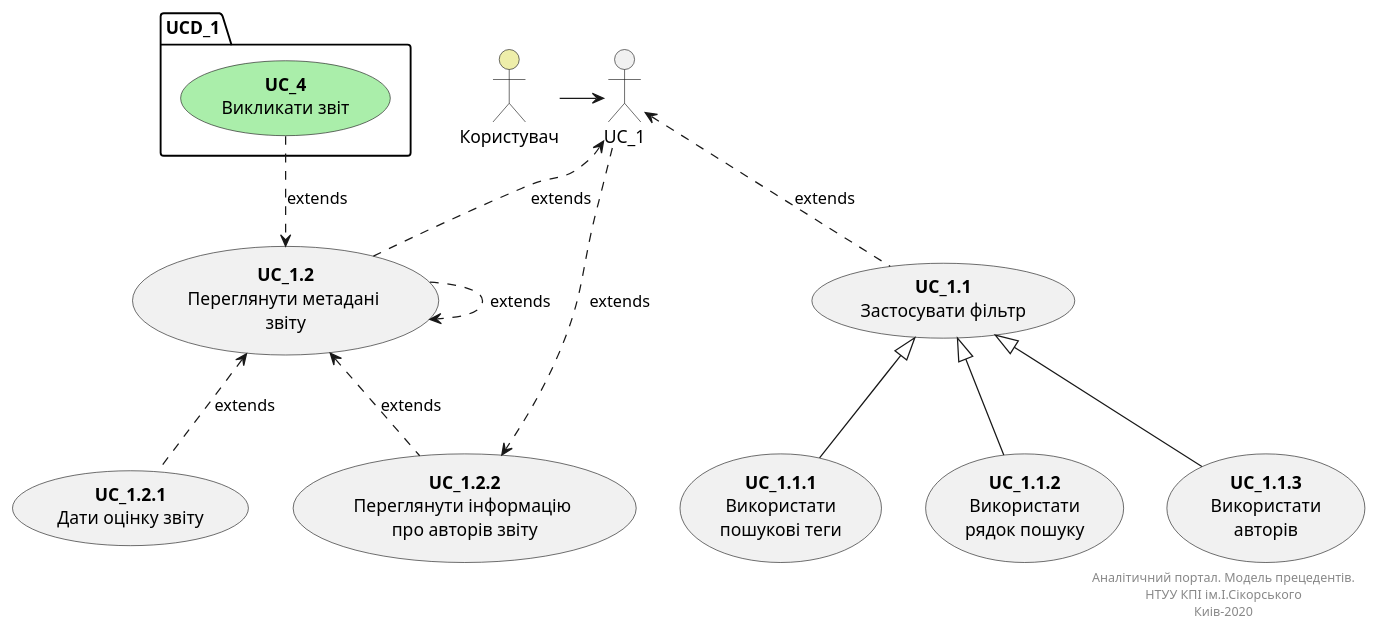
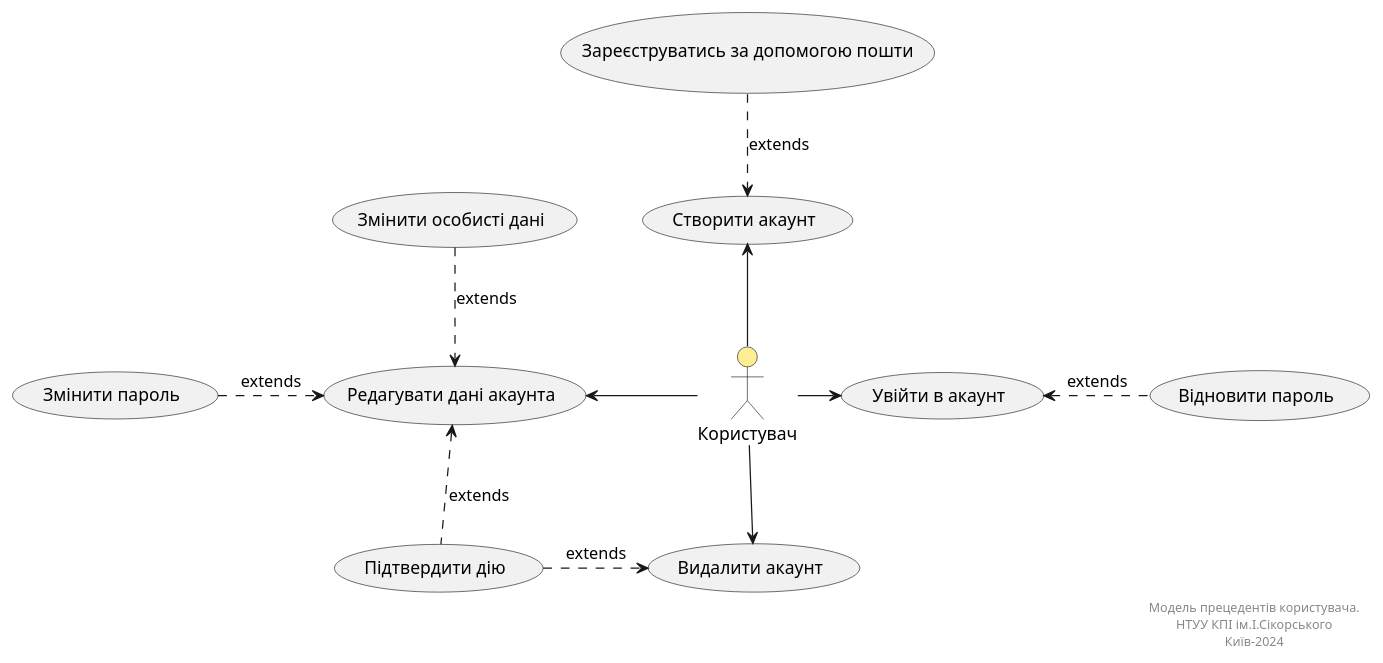
The diagram in docs/use_cases.md (generalmaks/db_labs), drawn with PlantUML before and after one commit. The commit also changed other lines of this file, not shown here.

Commit message:
Added use case diagram for unauthorized user

````diff
--- a/docs/use_cases.md
+++ b/docs/use_cases.md
@@ -6,42 +7,38 @@
 ```plantuml
 @startuml
+    actor "Користувач" as User #ffed94
 
-    actor "Користувач" as User #eeeeaa
+    usecase "Створити акаунт" as UC_1.1
+    usecase "Увійти в акаунт" as UC_1.2  
+    usecase "Видалити акаунт" as UC_1.3
+    usecase "Редагувати дані акаунта" as UC_1.4
     
-    usecase "<b>UC_1.1</b>\nЗастосувати фільтр" as UC_1.1
-    usecase "<b>UC_1.2</b>\nПереглянути метадані \nзвіту" as UC_1.2  
-    usecase "<b>UC_1.2.1</b>\nДати оцінку звіту" as UC_1.2.1  
-    usecase "<b>UC_1.2.2</b>\nПереглянути інформацію \nпро авторів звіту" as UC_1.2.2
+    usecase "Зареєструватись за допомогою пошти" as UC_1.1.1
+
+    usecase "Відновити пароль" as UC_1.2.1
     
-    package UCD_1 {
-        usecase "<b>UC_4</b>\nВикликати звіт" as UC_4 #aaeeaa
-    }
+    usecase "Підтвердити дію" as UC_1.34.1
     
-    usecase "<b>UC_1.1.1</b>\n Використати \nпошукові теги" as UC_1.1.1  
-    usecase "<b>UC_1.1.2</b>\n Використати \nрядок пошуку" as UC_1.1.2
-    usecase "<b>UC_1.1.3</b>\n Використати \nавторів" as UC_1.1.3  
+    usecase "Змінити пароль" as UC_1.4.1
+    usecase "Змінити особисті дані" as UC_1.4.2
     
+    User -up-> UC_1.1
+    User -right-> UC_1.2
+    User -down-> UC_1.3
+    User -left-> UC_1.4
     
-    
-    User -> UC_1
-    UC_1.1 .u.> UC_1 :extends
-    UC_1.2 .u.> UC_1 :extends
-    UC_4 .d.> UC_1.2 :extends
-    UC_1.2 .> UC_1.2 :extends
-    UC_1.2.1 .u.> UC_1.2 :extends
-    UC_1.2.2 .u.> UC_1.2 :extends
-    UC_1 ..> UC_1.2.2 :extends
-    
-    
-    UC_1.1.1 -u-|> UC_1.1
-    UC_1.1.2 -u-|> UC_1.1
-    UC_1.1.3 -u-|> UC_1.1
+    UC_1.1.1 ..> UC_1.1 :extends
+    UC_1.2.1 .left.> UC_1.2 :extends
+    UC_1.34.1 .right.> UC_1.3 :extends
+    UC_1.34.1 .up.> UC_1.4 :extends
+    UC_1.4.1 .right.> UC_1.4 :extends
+    UC_1.4.2 ..> UC_1.4 :extends
     
     right footer
-        Аналітичний портал. Модель прецедентів.
+        Модель прецедентів користувача.
         НТУУ КПІ ім.І.Сікорського
-        Киів-2020
+        Київ-2024
     end footer
-
+    
 @enduml
 ```
````
